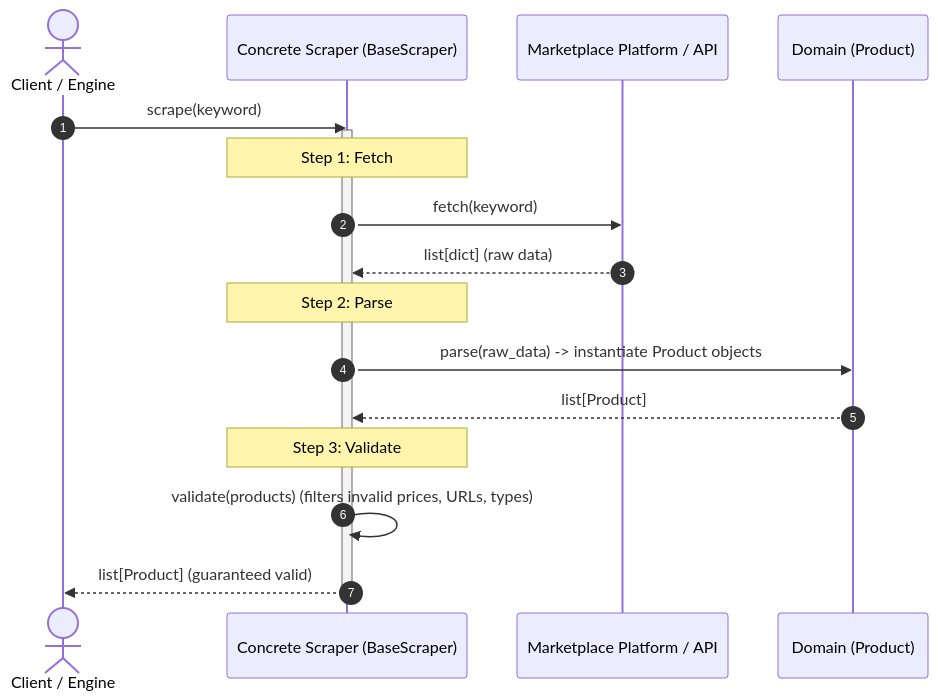
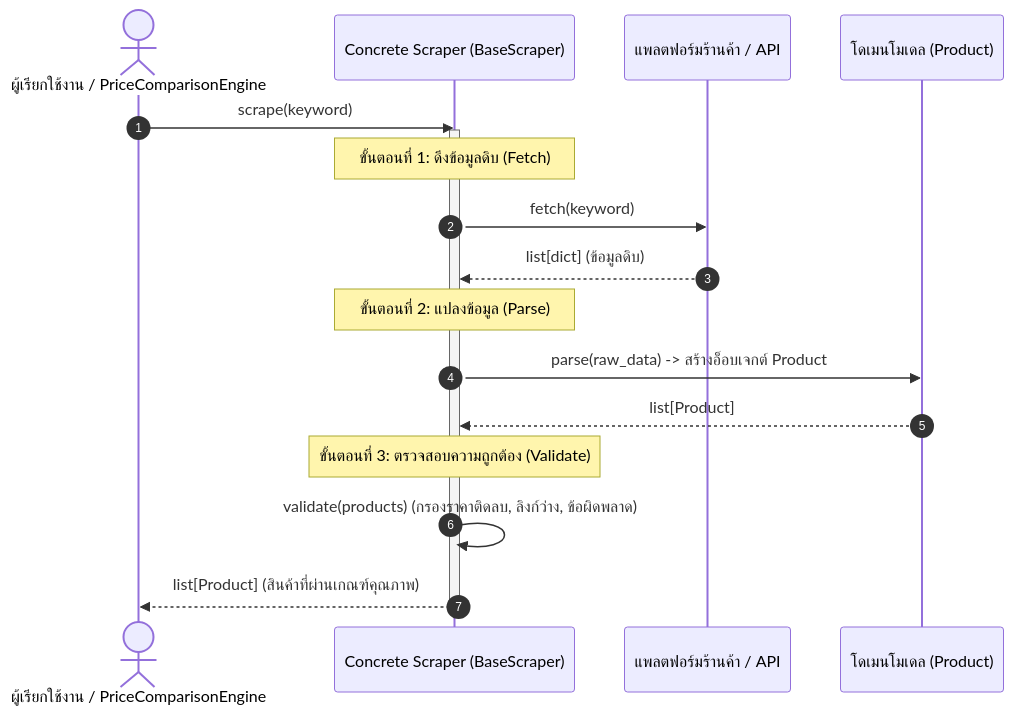
One commit to Ipup48/PriceWise-Tracker-OOP changed the second of 2 diagrams in README.md. Above: the diagram before and after it, drawn with Mermaid. The commit also changed other lines of this file and 10 other files, not shown here.

````diff
--- a/README.md
+++ b/README.md
@@ -127,24 +127,24 @@
 ```mermaid
 sequenceDiagram
     autonumber
-    actor Caller as Client / Engine
+    actor Caller as ผู้เรียกใช้งาน / PriceComparisonEngine
     participant Scraper as Concrete Scraper (BaseScraper)
-    participant Platform as Marketplace Platform / API
-    participant Domain as Domain (Product)
+    participant Platform as แพลตฟอร์มร้านค้า / API
+    participant Domain as โดเมนโมเดล (Product)
 
     Caller->>Scraper: scrape(keyword)
     activate Scraper
-    Note over Scraper: Step 1: Fetch
+    Note over Scraper: ขั้นตอนที่ 1: ดึงข้อมูลดิบ (Fetch)
     Scraper->>Platform: fetch(keyword)
-    Platform-->>Scraper: list[dict] (raw data)
+    Platform-->>Scraper: list[dict] (ข้อมูลดิบ)
     
-    Note over Scraper: Step 2: Parse
-    Scraper->>Domain: parse(raw_data) -> instantiate Product objects
+    Note over Scraper: ขั้นตอนที่ 2: แปลงข้อมูล (Parse)
+    Scraper->>Domain: parse(raw_data) -> สร้างอ็อบเจกต์ Product
     Domain-->>Scraper: list[Product]
 
-    Note over Scraper: Step 3: Validate
-    Scraper->>Scraper: validate(products) (filters invalid prices, URLs, types)
+    Note over Scraper: ขั้นตอนที่ 3: ตรวจสอบความถูกต้อง (Validate)
+    Scraper->>Scraper: validate(products) (กรองราคาติดลบ, ลิงก์ว่าง, ข้อผิดพลาด)
     
-    Scraper-->>Caller: list[Product] (guaranteed valid)
+    Scraper-->>Caller: list[Product] (สินค้าที่ผ่านเกณฑ์คุณภาพ)
     deactivate Scraper
 ```
````
